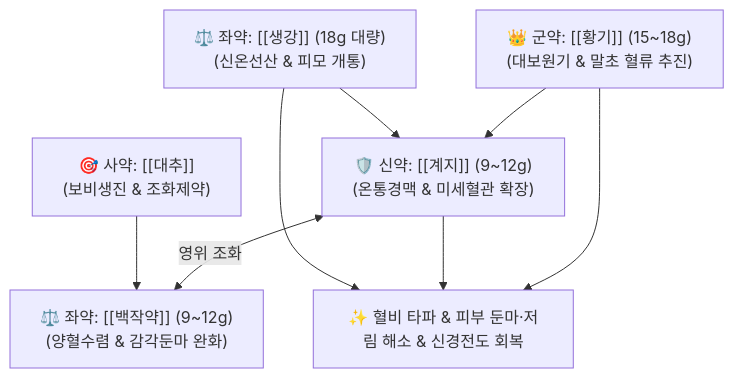
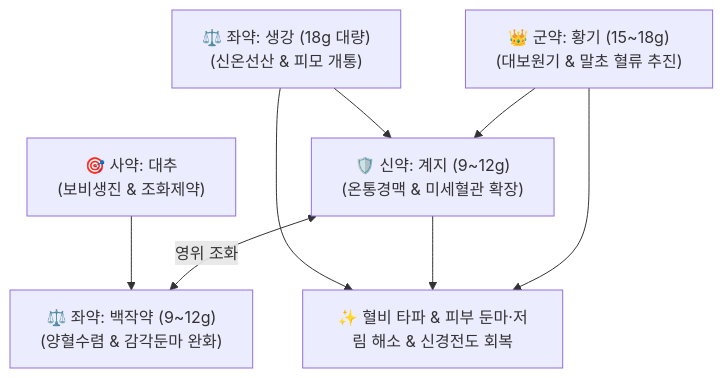
Before and after one commit to simbio11/simbio-digital-garden2: the diagram in content/2. 약리 공부/처방/02_보익제/황기계지오물탕.md, drawn with Mermaid. The commit also changed other lines of this file and 323 other files, not shown here.

````diff
--- a/content/2. 약리 공부/처방/02_보익제/황기계지오물탕.md
+++ b/content/2. 약리 공부/처방/02_보익제/황기계지오물탕.md
@@ -45,8 +47,8 @@
 ```mermaid
 graph TD
-    HG["👑 군약: [[황기]] (15~18g)<br>(대보원기 & 말초 혈류 추진)"] --> GZ["🛡️ 신약: [[계지]] (9~12g)<br>(온통경맥 & 미세혈관 확장)"]
-    SG["⚖️ 좌약: [[생강]] (18g 대량)<br>(신온선산 & 피모 개통)"] --> GZ
-    GZ <-->|영위 조화| JY["⚖️ 좌약: [[백작약]] (9~12g)<br>(양혈수렴 & 감각둔마 완화)"]
-    DC["🎯 사약: [[대추]]<br>(보비생진 & 조화제약)"] --> JY
+    HG["👑 군약: 황기 (15~18g)<br>(대보원기 & 말초 혈류 추진)"] --> GZ["🛡️ 신약: 계지 (9~12g)<br>(온통경맥 & 미세혈관 확장)"]
+    SG["⚖️ 좌약: 생강 (18g 대량)<br>(신온선산 & 피모 개통)"] --> GZ
+    GZ <-->|영위 조화| JY["⚖️ 좌약: 백작약 (9~12g)<br>(양혈수렴 & 감각둔마 완화)"]
+    DC["🎯 사약: 대추<br>(보비생진 & 조화제약)"] --> JY
     HG & GZ & SG --> Target["✨ 혈비 타파 & 피부 둔마·저림 해소 & 신경전도 회복"]
 ```
````
